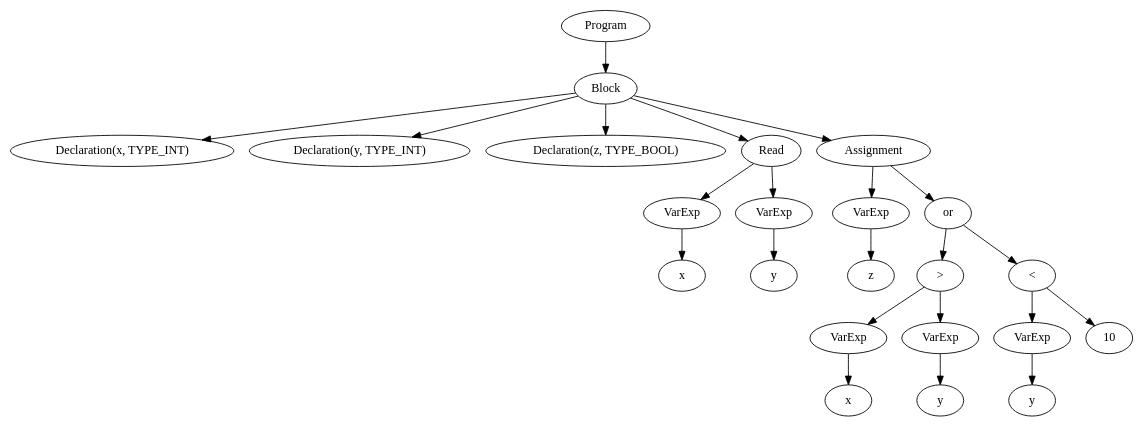
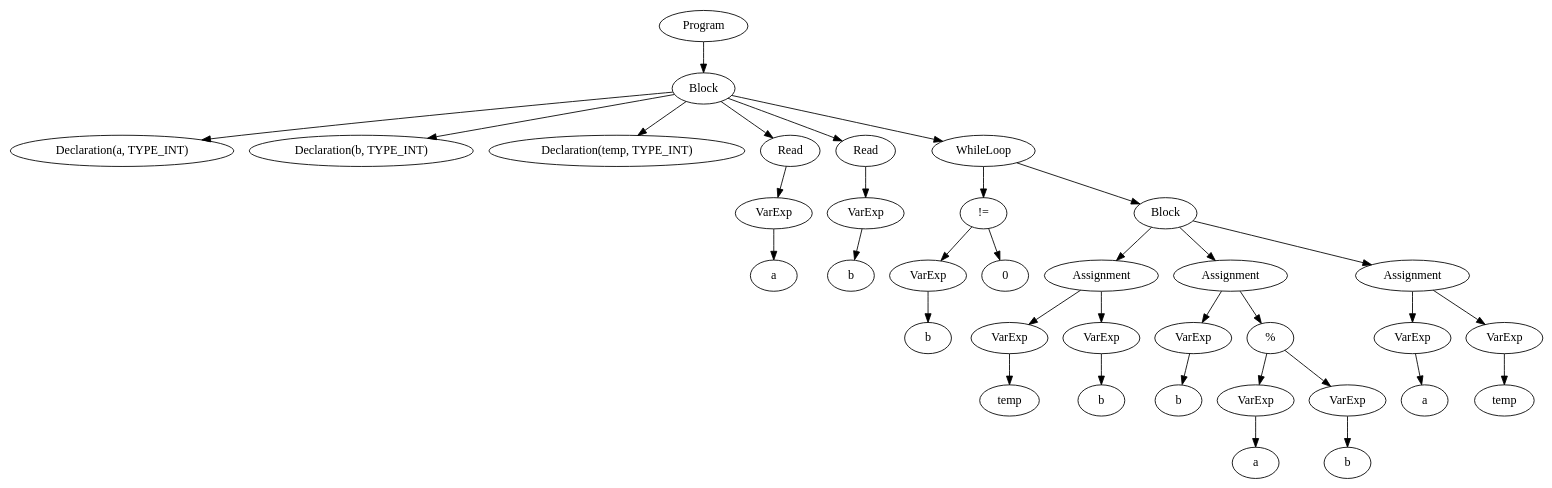
One commit to Vidoux/Projet_compilation_iki changed the diagram in Digraph.gv. Above: the diagram before and after it, drawn with Graphviz. The commit also changed 23 other files, not shown here.

```diff
--- a/Digraph.gv
+++ b/Digraph.gv
@@ -1,47 +1,71 @@
 digraph {
 	0 [label=Program]
 	1 [label=Block]
 	0 -> 1
-	2 [label="Declaration(x, TYPE_INT)"]
+	2 [label="Declaration(a, TYPE_INT)"]
 	1 -> 2
-	3 [label="Declaration(y, TYPE_INT)"]
+	3 [label="Declaration(b, TYPE_INT)"]
 	1 -> 3
-	4 [label="Declaration(z, TYPE_BOOL)"]
+	4 [label="Declaration(temp, TYPE_INT)"]
 	1 -> 4
 	5 [label=Read]
 	1 -> 5
 	6 [label=VarExp]
 	5 -> 6
-	7 [label=x]
+	7 [label=a]
 	6 -> 7
-	8 [label=VarExp]
-	5 -> 8
-	9 [label=y]
+	8 [label=Read]
+	1 -> 8
+	9 [label=VarExp]
 	8 -> 9
-	10 [label=Assignment]
-	1 -> 10
-	11 [label=VarExp]
-	10 -> 11
-	12 [label=z]
+	10 [label=b]
+	9 -> 10
+	11 [label=WhileLoop]
+	1 -> 11
+	12 [label="!="]
 	11 -> 12
-	13 [label=or]
-	10 -> 13
-	14 [label=">"]
+	13 [label=VarExp]
+	12 -> 13
+	14 [label=b]
 	13 -> 14
-	15 [label=VarExp]
-	14 -> 15
-	16 [label=x]
-	15 -> 16
-	17 [label=VarExp]
-	14 -> 17
-	18 [label=y]
+	15 [label=0]
+	12 -> 15
+	16 [label=Block]
+	11 -> 16
+	17 [label=Assignment]
+	16 -> 17
+	18 [label=VarExp]
 	17 -> 18
-	19 [label="<"]
-	13 -> 19
+	19 [label=temp]
+	18 -> 19
 	20 [label=VarExp]
-	19 -> 20
-	21 [label=y]
+	17 -> 20
+	21 [label=b]
 	20 -> 21
-	22 [label=10]
-	19 -> 22
+	22 [label=Assignment]
+	16 -> 22
+	23 [label=VarExp]
+	22 -> 23
+	24 [label=b]
+	23 -> 24
+	25 [label="%"]
+	22 -> 25
+	26 [label=VarExp]
+	25 -> 26
+	27 [label=a]
+	26 -> 27
+	28 [label=VarExp]
+	25 -> 28
+	29 [label=b]
+	28 -> 29
+	30 [label=Assignment]
+	16 -> 30
+	31 [label=VarExp]
+	30 -> 31
+	32 [label=a]
+	31 -> 32
+	33 [label=VarExp]
+	30 -> 33
+	34 [label=temp]
+	33 -> 34
 }
```
